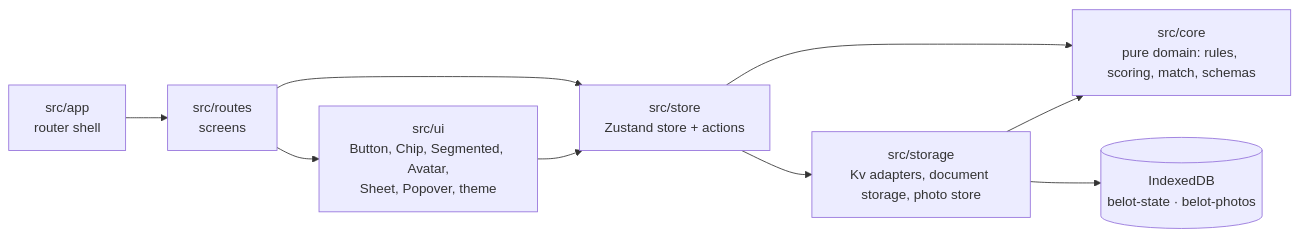
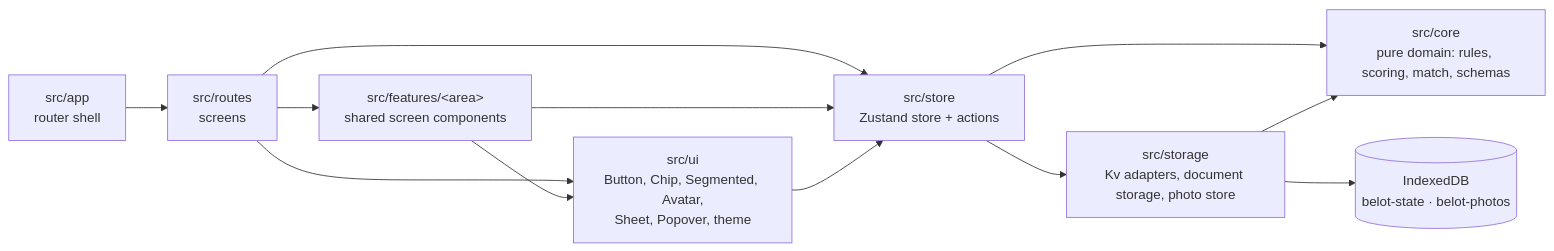
The diagram in docs/Architecture/Overview.md (stoyanov624/Belot_Scorer), drawn with Mermaid before and after one commit. The commit also changed other lines of this file and 4 other files, not shown here.

````diff
--- a/docs/Architecture/Overview.md
+++ b/docs/Architecture/Overview.md
@@ -7,12 +7,15 @@
 ```mermaid
 flowchart LR
-  Routes["src/routes<br/>screens"] --> UI
+  Routes["src/routes<br/>screens"] --> Features
+  Routes --> UI
   Routes --> Store
   App["src/app<br/>router shell"] --> Routes
+  Features["src/features/&lt;area&gt;<br/>shared screen components"] --> UI
+  Features --> Store
   UI["src/ui<br/>Button, Chip, Segmented, Avatar,<br/>Sheet, Popover, theme"] --> Store
   Store["src/store<br/>Zustand store + actions"] --> Core
   Store --> Storage
   Storage["src/storage<br/>Kv adapters, document storage, photo store"] --> Core
   Storage --> IDB[("IndexedDB<br/>belot-state · belot-photos")]
   Core["src/core<br/>pure domain: rules, scoring, match, schemas"]
 ```
````
